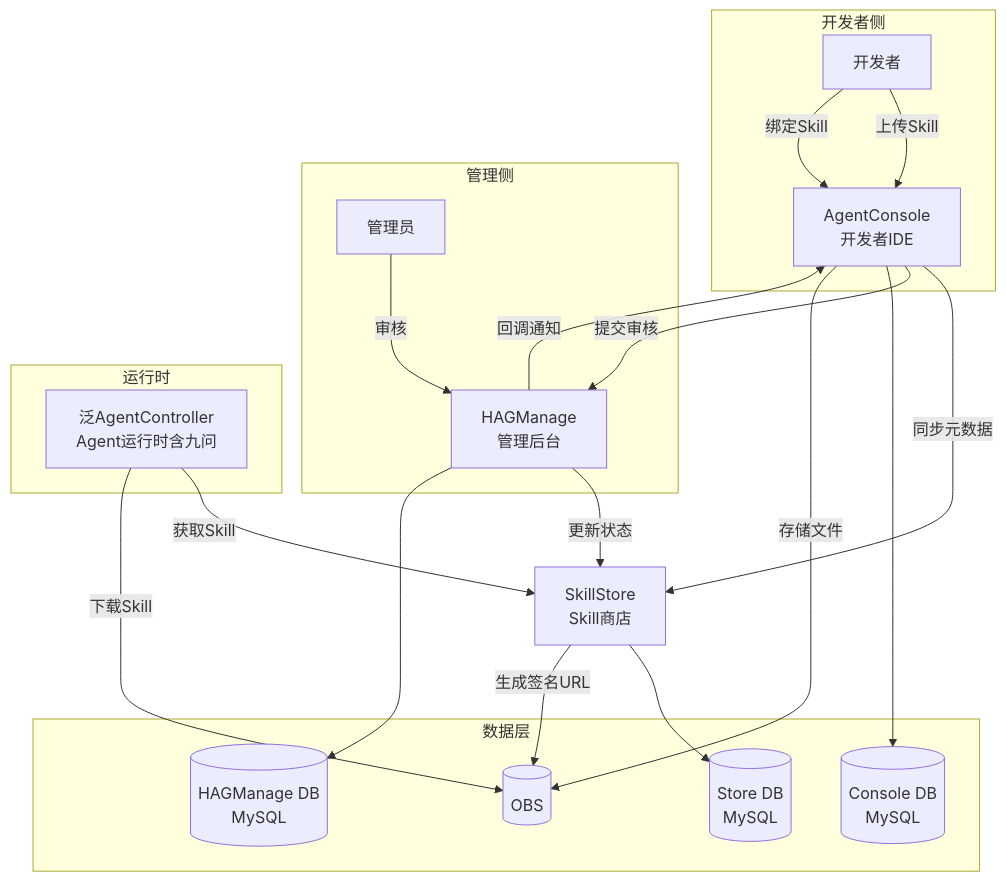
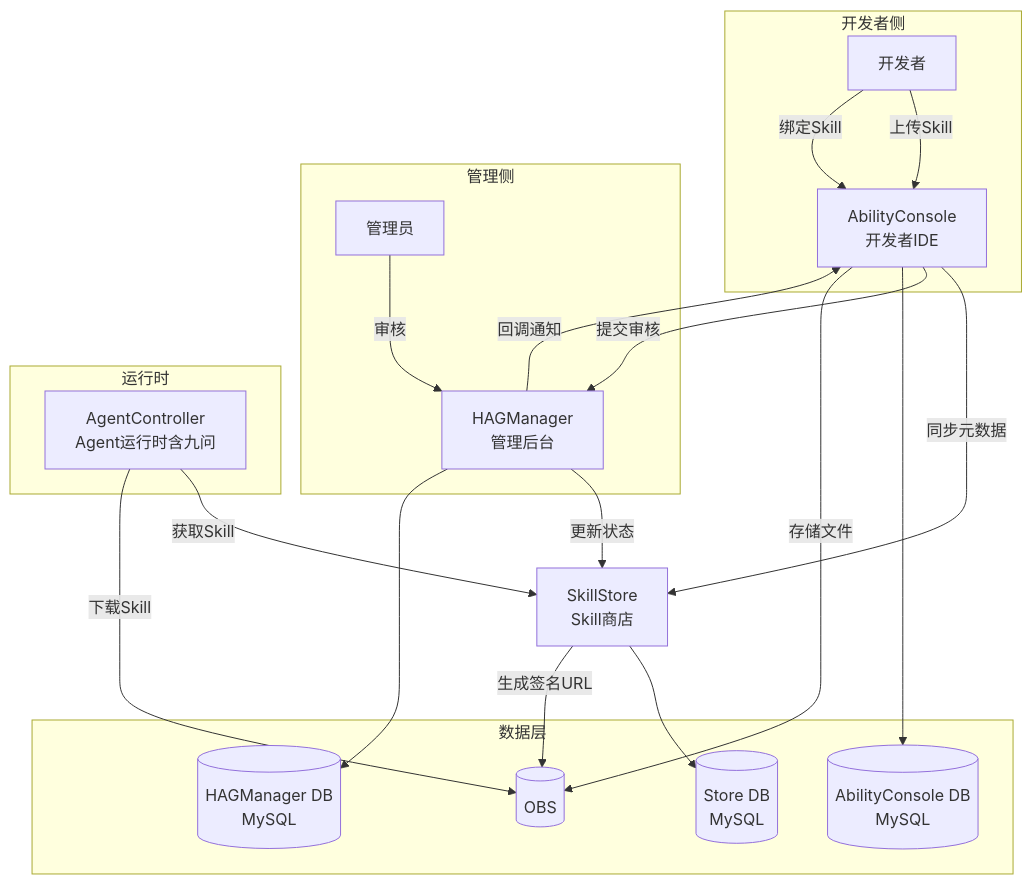
Before and after one commit to jinyule/xiaoyi-skill-mgmt: the first of 33 diagrams in architecture-design.md, drawn with Mermaid. The commit also changed other lines of this file, not shown here.

````diff
--- a/architecture-design.md
+++ b/architecture-design.md
@@ -21,43 +21,43 @@
 ```mermaid
 graph TB
     subgraph "开发者侧"
         Dev[开发者]
-        AC[AgentConsole<br/>开发者IDE]
+        AC[AbilityConsole<br/>开发者IDE]
     end
 
     subgraph "管理侧"
         Admin[管理员]
-        HM[HAGManage<br/>管理后台]
+        HM[HAGManager<br/>管理后台]
     end
 
     subgraph "运行时"
-        RT[泛AgentController<br/>Agent运行时含九问]
+        RT[AgentController<br/>Agent运行时含九问]
     end
 
     subgraph "数据层"
-        ACDB[(Console DB<br/>MySQL)]
-        HMDB[(HAGManage DB<br/>MySQL)]
+        ACDB[(AbilityConsole DB<br/>MySQL)]
+        HMDB[(HAGManager DB<br/>MySQL)]
         SSDB[(Store DB<br/>MySQL)]
         OBS[(OBS)]
     end
 
     SS[SkillStore<br/>Skill商店]
 
     Dev -->|上传Skill| AC
     Dev -->|绑定Skill| AC
     Admin -->|审核| HM
     RT -->|获取Skill| SS
 
     AC -->|同步元数据| SS
     AC -->|提交审核| HM
     HM -->|更新状态| SS
     HM -->|回调通知| AC
 
     AC --> ACDB
     HM --> HMDB
     SS --> SSDB
 
     AC -->|存储文件| OBS
     SS -->|生成签名URL| OBS
     RT -->|下载Skill| OBS
 ```
````
